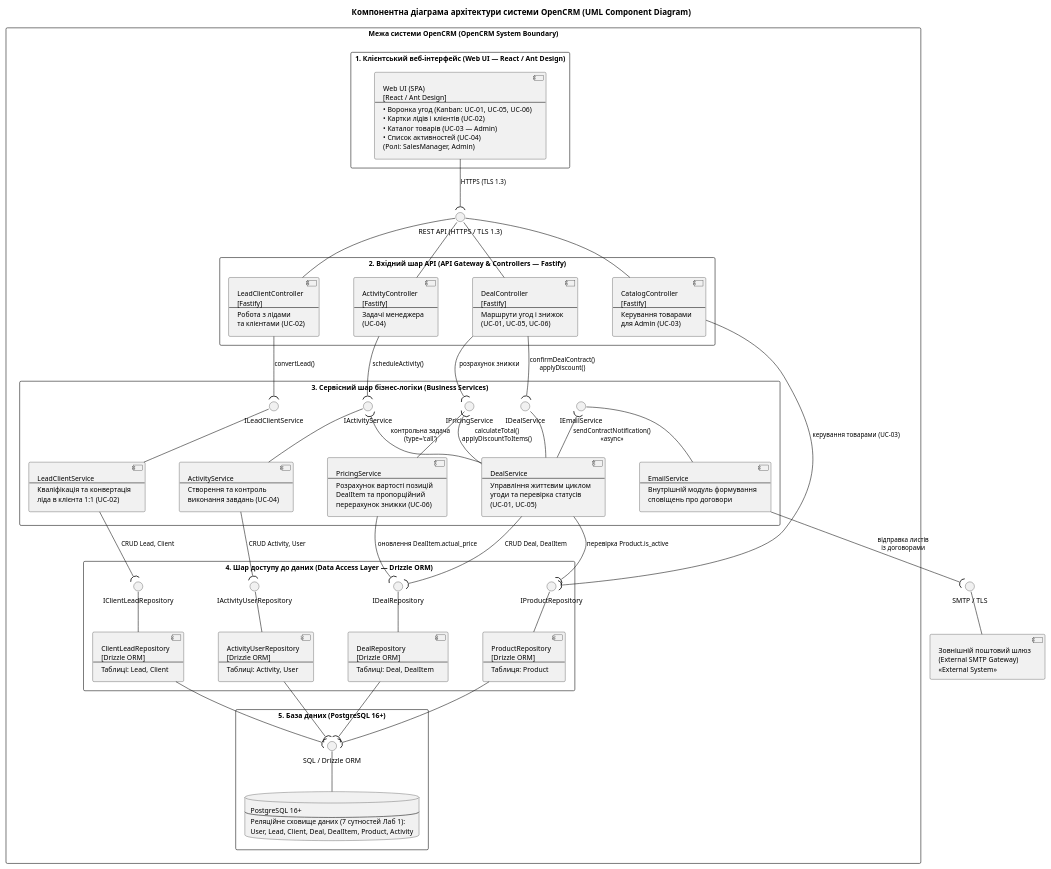
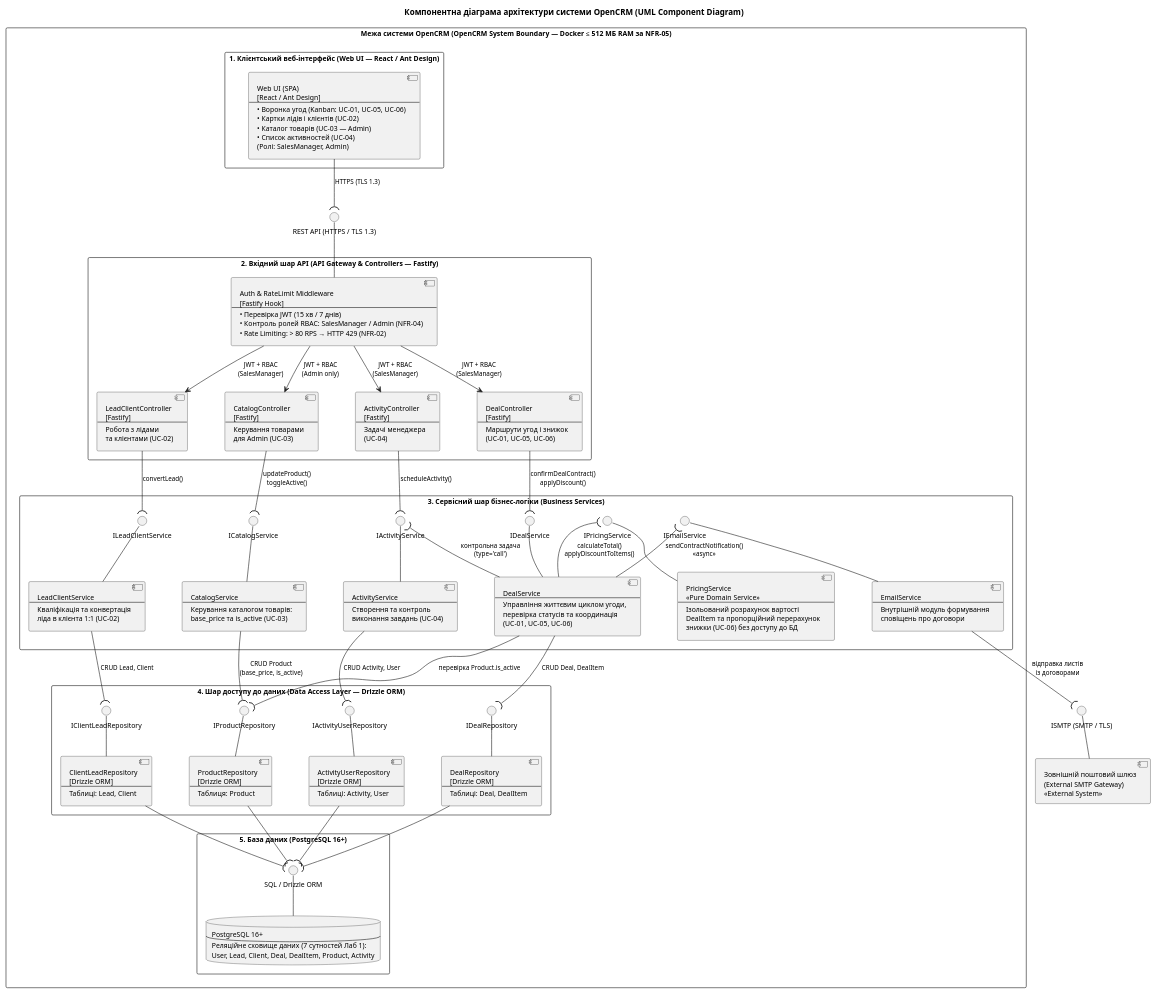
The diagram in lab5/model/component-diagram.puml (young3rrrr/KPI2), drawn with PlantUML before and after one commit. The commit also changed 2 other files, not shown here.

Commit message:
agent commit: update Component diagram with strict service boundaries and Auth middleware

```diff
--- a/lab5/model/component-diagram.puml
+++ b/lab5/model/component-diagram.puml
@@ -1,126 +1,143 @@
 @startuml
 title Компонентна діаграма архітектури системи OpenCRM (UML Component Diagram)
 
 top to bottom direction
 skinparam componentStyle uml2
 skinparam packageStyle rectangle
 skinparam defaultFontSize 12
 skinparam ArrowFontSize 11
-skinparam nodesep 60
+skinparam nodesep 65
 skinparam ranksep 50
 
-rectangle "Межа системи OpenCRM (OpenCRM System Boundary)" as SystemBoundary {
+rectangle "Межа системи OpenCRM (OpenCRM System Boundary — Docker ≤ 512 МБ RAM за NFR-05)" as SystemBoundary {
 
   package "1. Клієнтський веб-інтерфейс (Web UI — React / Ant Design)" as UILayer {
     component "Web UI (SPA)\n[React / Ant Design]\n---\n• Воронка угод (Kanban: UC-01, UC-05, UC-06)\n• Картки лідів і клієнтів (UC-02)\n• Каталог товарів (UC-03 — Admin)\n• Список активностей (UC-04)\n(Ролі: SalesManager, Admin)" as WebUI
   }
 
   interface "REST API (HTTPS / TLS 1.3)" as IRestAPI
 
   package "2. Вхідний шар API (API Gateway & Controllers — Fastify)" as APILayer {
+    component "Auth & RateLimit Middleware\n[Fastify Hook]\n---\n• Перевірка JWT (15 хв / 7 днів)\n• Контроль ролей RBAC: SalesManager / Admin (NFR-04)\n• Rate Limiting: > 80 RPS → HTTP 429 (NFR-02)" as AuthMiddleware
+
     component "LeadClientController\n[Fastify]\n---\nРобота з лідами\nта клієнтами (UC-02)" as LeadClientController
+    component "CatalogController\n[Fastify]\n---\nКерування товарами\nдля Admin (UC-03)" as CatalogController
     component "ActivityController\n[Fastify]\n---\nЗадачі менеджера\n(UC-04)" as ActivityController
     component "DealController\n[Fastify]\n---\nМаршрути угод і знижок\n(UC-01, UC-05, UC-06)" as DealController
-    component "CatalogController\n[Fastify]\n---\nКерування товарами\nдля Admin (UC-03)" as CatalogController
   }
 
   package "3. Сервісний шар бізнес-логіки (Business Services)" as ServiceLayer {
     interface "ILeadClientService" as ILeadClientService
+    interface "ICatalogService" as ICatalogService
     interface "IActivityService" as IActivityService
     interface "IDealService" as IDealService
     interface "IPricingService" as IPricingService
     interface "IEmailService" as IEmailService
 
     component "LeadClientService\n---\nКваліфікація та конвертація\nліда в клієнта 1:1 (UC-02)" as LeadClientService
+    component "CatalogService\n---\nКерування каталогом товарів:\nbase_price та is_active (UC-03)" as CatalogService
     component "ActivityService\n---\nСтворення та контроль\nвиконання завдань (UC-04)" as ActivityService
-    component "DealService\n---\nУправління життєвим циклом\nугоди та перевірка статусів\n(UC-01, UC-05)" as DealService
-    component "PricingService\n---\nРозрахунок вартості позицій\nDealItem та пропорційний\nперерахунок знижки (UC-06)" as PricingService
+    component "DealService\n---\nУправління життєвим циклом угоди,\nперевірка статусів та координація\n(UC-01, UC-05, UC-06)" as DealService
+    component "PricingService\n<<Pure Domain Service>>\n---\nІзольований розрахунок вартості\nDealItem та пропорційний перерахунок\nзнижки (UC-06) без доступу до БД" as PricingService
     component "EmailService\n---\nВнутрішній модуль формування\nсповіщень про договори" as EmailService
   }
 
   package "4. Шар доступу до даних (Data Access Layer — Drizzle ORM)" as DALLayer {
     interface "IClientLeadRepository" as IClientLeadRepo
+    interface "IProductRepository" as IProductRepo
     interface "IActivityUserRepository" as IActivityUserRepo
     interface "IDealRepository" as IDealRepo
-    interface "IProductRepository" as IProductRepo
 
     component "ClientLeadRepository\n[Drizzle ORM]\n---\nТаблиці: Lead, Client" as ClientLeadRepository
+    component "ProductRepository\n[Drizzle ORM]\n---\nТаблиця: Product" as ProductRepository
     component "ActivityUserRepository\n[Drizzle ORM]\n---\nТаблиці: Activity, User" as ActivityUserRepository
     component "DealRepository\n[Drizzle ORM]\n---\nТаблиці: Deal, DealItem" as DealRepository
-    component "ProductRepository\n[Drizzle ORM]\n---\nТаблиця: Product" as ProductRepository
   }
 
   package "5. База даних (PostgreSQL 16+)" as DBLayer {
     interface "SQL / Drizzle ORM" as ISQL
     database "PostgreSQL 16+\n---\nРеляційне сховище даних (7 сутностей Лаб 1):\nUser, Lead, Client, Deal, DealItem, Product, Activity" as PostgresDB
   }
 }
 
-interface "SMTP / TLS" as ISMTP
+interface "ISMTP (SMTP / TLS)" as ISMTP
 component "Зовнішній поштовий шлюз\n(External SMTP Gateway)\n<<External System>>" as ExternalSMTP
 
-' Вирівнювання порядку компонентів у шарах для уникнення перетинів ліній
-LeadClientController -[hidden]right- ActivityController
+' Вирівнювання порядку компонентів у шарах для відсутності перетинів
+LeadClientController -[hidden]right- CatalogController
+CatalogController -[hidden]right- ActivityController
 ActivityController -[hidden]right- DealController
-DealController -[hidden]right- CatalogController
 
-ILeadClientService -[hidden]right- IActivityService
+ILeadClientService -[hidden]right- ICatalogService
+ICatalogService -[hidden]right- IActivityService
 IActivityService -[hidden]right- IDealService
 IDealService -[hidden]right- IPricingService
 IPricingService -[hidden]right- IEmailService
 
-IClientLeadRepo -[hidden]right- IActivityUserRepo
+LeadClientService -[hidden]right- CatalogService
+CatalogService -[hidden]right- ActivityService
+ActivityService -[hidden]right- DealService
+DealService -[hidden]right- PricingService
+PricingService -[hidden]right- EmailService
+
+IClientLeadRepo -[hidden]right- IProductRepo
+IProductRepo -[hidden]right- IActivityUserRepo
 IActivityUserRepo -[hidden]right- IDealRepo
-IDealRepo -[hidden]right- IProductRepo
 
-' 1. Взаємодія клієнта та API
+ClientLeadRepository -[hidden]right- ProductRepository
+ProductRepository -[hidden]right- ActivityUserRepository
+ActivityUserRepository -[hidden]right- DealRepository
+
+' 1. Взаємодія клієнта та вхідного шару API через Auth & RateLimit Middleware
 WebUI --( IRestAPI : HTTPS (TLS 1.3)
-IRestAPI -- LeadClientController
-IRestAPI -- ActivityController
-IRestAPI -- DealController
-IRestAPI -- CatalogController
+IRestAPI -- AuthMiddleware
 
-' 2. Provided інтерфейси сервісів
+AuthMiddleware --> LeadClientController : JWT + RBAC\n(SalesManager)
+AuthMiddleware --> CatalogController : JWT + RBAC\n(Admin only)
+AuthMiddleware --> ActivityController : JWT + RBAC\n(SalesManager)
+AuthMiddleware --> DealController : JWT + RBAC\n(SalesManager)
+
+' 2. Provided інтерфейси сервісів бізнес-логіки
 ILeadClientService -- LeadClientService
+ICatalogService -- CatalogService
 IActivityService -- ActivityService
 IDealService -- DealService
 IPricingService -- PricingService
 IEmailService -- EmailService
 
-' Взаємодія контролерів та сервісів (Required інтерфейси)
+' Сувора шарова ізоляція між контролерами та сервісами (Required інтерфейси)
 LeadClientController --( ILeadClientService : convertLead()
+CatalogController --( ICatalogService : updateProduct()\ntoggleActive()
 ActivityController --( IActivityService : scheduleActivity()
 DealController --( IDealService : confirmDealContract()\napplyDiscount()
-DealController --( IPricingService : розрахунок знижки
-CatalogController --( IProductRepo : керування товарами (UC-03)
 
-' Координація між сервісами (Лаб 3, Лаб 4)
+' 3. Координація всередині сервісного шару (відповідно до Лаб 3 та Лаб 4)
 DealService -up-( IActivityService : контрольна задача\n(type='call')
 DealService -up-( IPricingService : calculateTotal()\napplyDiscountToItems()
 DealService -up-( IEmailService : sendContractNotification()\n<<async>>
 
-' 3. Provided інтерфейси репозиторіїв
+' 4. Provided інтерфейси репозиторіїв Data Access Layer
 IClientLeadRepo -- ClientLeadRepository
+IProductRepo -- ProductRepository
 IActivityUserRepo -- ActivityUserRepository
 IDealRepo -- DealRepository
-IProductRepo -- ProductRepository
 
-' Взаємодія сервісів та репозиторіїв (Required інтерфейси)
+' Взаємодія сервісів володіння даними з репозиторіями (PricingService ізольований від БД)
 LeadClientService --( IClientLeadRepo : CRUD Lead, Client
+CatalogService --( IProductRepo : CRUD Product\n(base_price, is_active)
 ActivityService --( IActivityUserRepo : CRUD Activity, User
+DealService --( IProductRepo : перевірка Product.is_active
 DealService --( IDealRepo : CRUD Deal, DealItem
-DealService --( IProductRepo : перевірка Product.is_active
-PricingService --( IDealRepo : оновлення DealItem.actual_price
 
-' 4. Взаємодія репозиторіїв із БД PostgreSQL 16+
+' 5. Взаємодія репозиторіїв із БД PostgreSQL 16+
 ISQL -- PostgresDB
 ClientLeadRepository --( ISQL
+ProductRepository --( ISQL
 ActivityUserRepository --( ISQL
 DealRepository --( ISQL
-ProductRepository --( ISQL
 
-' 5. Зовнішня інтеграція з External SMTP Gateway
+' 6. Зовнішня інтеграція з External SMTP Gateway
 ISMTP -- ExternalSMTP
 EmailService --( ISMTP : відправка листів\nіз договорами
 
 @enduml
```
